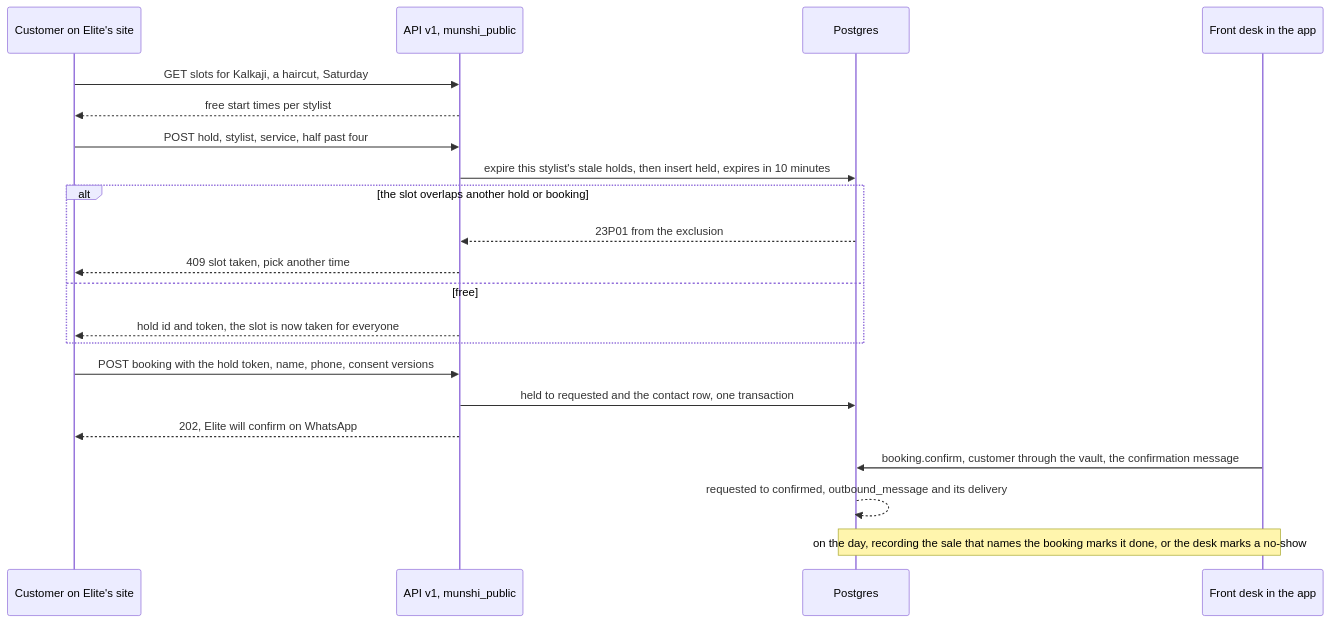
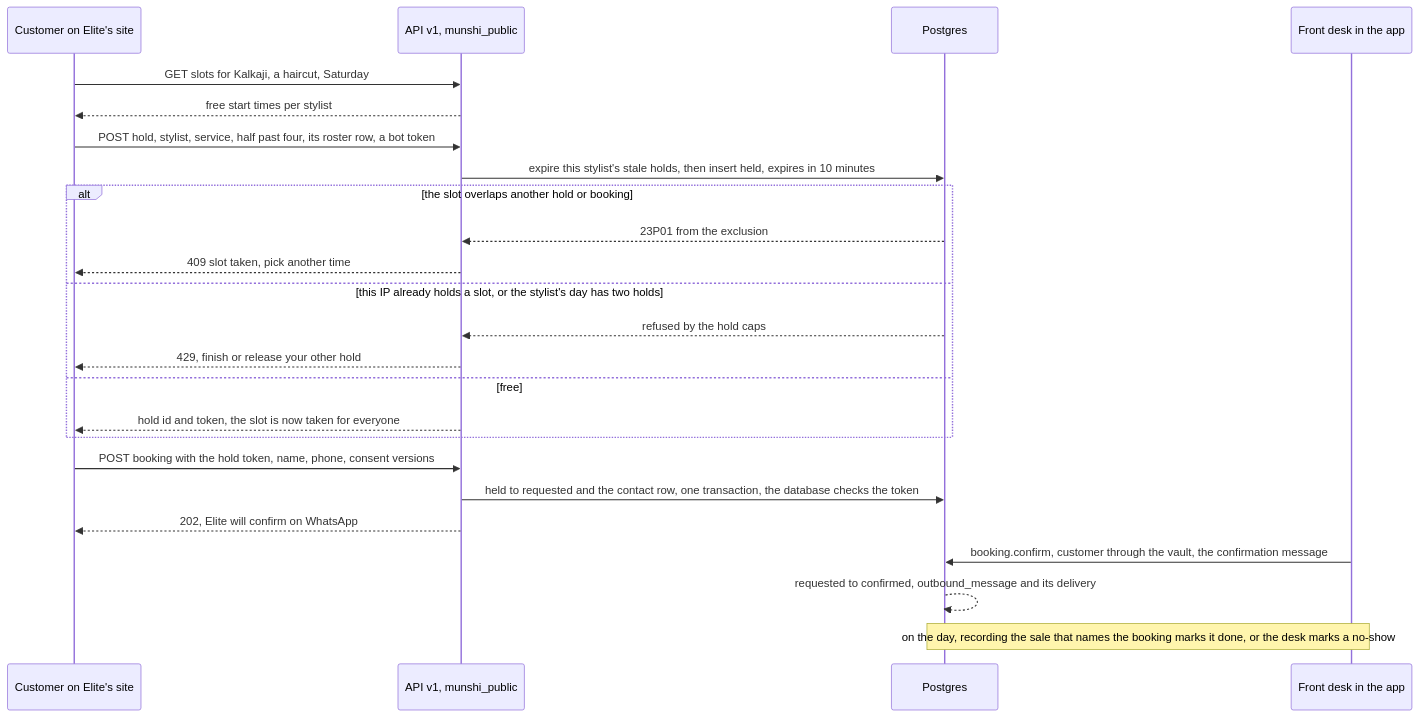
One commit to SawhneySatvik/munshi changed diagram 17 of 19 in docs/BLUEPRINT.md. Above: the diagram before and after it, drawn with Mermaid. The commit also changed other lines of this file, not shown here.

````diff
--- a/docs/BLUEPRINT.md
+++ b/docs/BLUEPRINT.md
@@ -1960,23 +2195,26 @@
 ```mermaid
 sequenceDiagram
   participant K as Customer on Elite's site
   participant A as API v1, munshi_public
   participant D as Postgres
   participant S as Front desk in the app
   K->>A: GET slots for Kalkaji, a haircut, Saturday
   A-->>K: free start times per stylist
-  K->>A: POST hold, stylist, service, half past four
+  K->>A: POST hold, stylist, service, half past four, its roster row, a bot token
   A->>D: expire this stylist's stale holds, then insert held, expires in 10 minutes
   alt the slot overlaps another hold or booking
     D-->>A: 23P01 from the exclusion
     A-->>K: 409 slot taken, pick another time
+  else this IP already holds a slot, or the stylist's day has two holds
+    D-->>A: refused by the hold caps
+    A-->>K: 429, finish or release your other hold
   else free
     A-->>K: hold id and token, the slot is now taken for everyone
   end
   K->>A: POST booking with the hold token, name, phone, consent versions
-  A->>D: held to requested and the contact row, one transaction
+  A->>D: held to requested and the contact row, one transaction, the database checks the token
   A-->>K: 202, Elite will confirm on WhatsApp
   S->>D: booking.confirm, customer through the vault, the confirmation message
   D-->>D: requested to confirmed, outbound_message and its delivery
   Note over S,D: on the day, recording the sale that names the booking marks it done, or the desk marks a no-show
 ```
````
